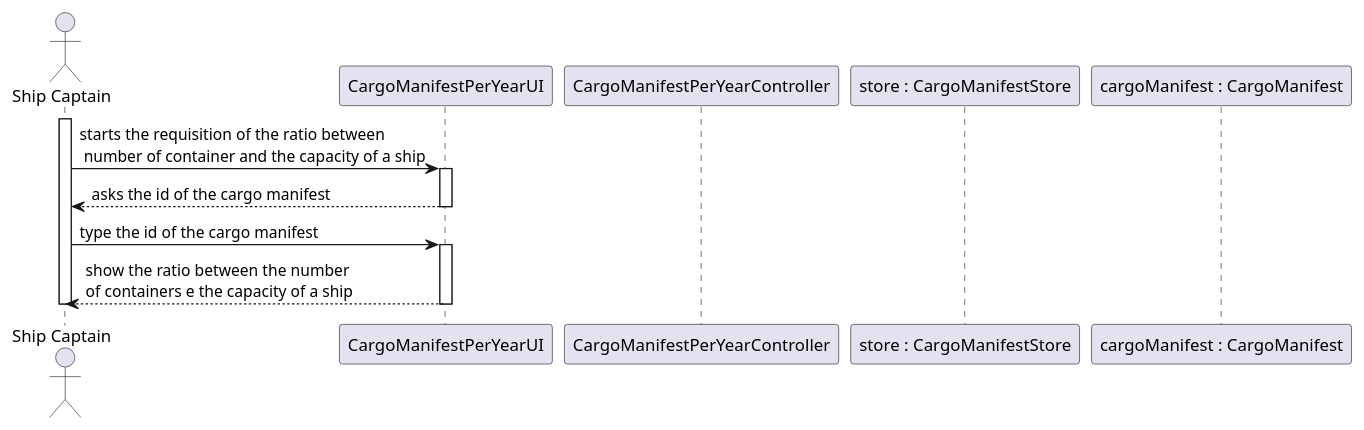
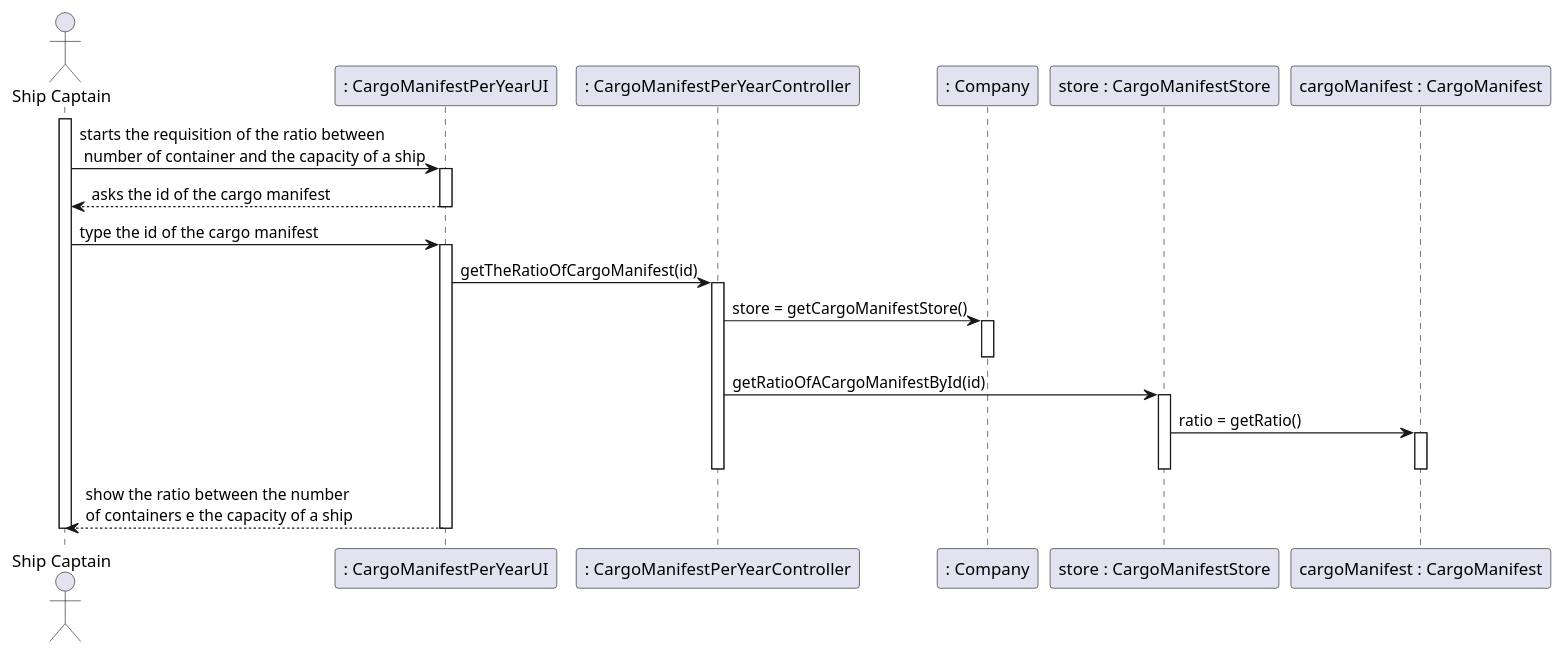
One commit to 0franciscor/lapr3-2021-g042 changed the diagram in docs/US208/SSD_US208.puml. Above: the diagram before and after it, drawn with PlantUML. The commit also changed 6 other files, not shown here.

Commit message:
G42- 124 #time 1h #comment Adding the SD driagram and the class diagram of US208

```diff
--- a/docs/US208/SSD_US208.puml
+++ b/docs/US208/SSD_US208.puml
@@ -1,23 +1,36 @@
 @startuml
 'https://plantuml.com/sequence-diagram
 
 actor "Ship Captain" as SC
-participant "CargoManifestPerYearUI" as UI
-participant "CargoManifestPerYearController" as CT
+participant ": CargoManifestPerYearUI" as UI
+participant ": CargoManifestPerYearController" as CT
+participant ": Company" as CP
 participant "store : CargoManifestStore" as ST
 participant "cargoManifest : CargoManifest" as CM
 
 
 activate SC
 SC->UI : starts the requisition of the ratio between\n number of container and the capacity of a ship
 activate UI
-
 UI --> SC : asks the id of the cargo manifest
 deactivate UI
 SC -> UI : type the id of the cargo manifest
 activate UI
+UI->CT : getTheRatioOfCargoManifest(id)
+activate CT
+CT-> CP : store = getCargoManifestStore()
+activate CP
+deactivate CP
+CT -> ST : getRatioOfACargoManifestById(id)
+activate ST
+ST -> CM : ratio = getRatio()
+activate CM
+deactivate CM
+deactivate ST
+
+deactivate CT
 UI-->SC : show the ratio between the number \nof containers e the capacity of a ship
 deactivate UI
 deactivate SC
 
 @enduml
```
